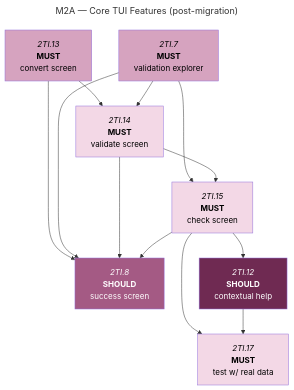
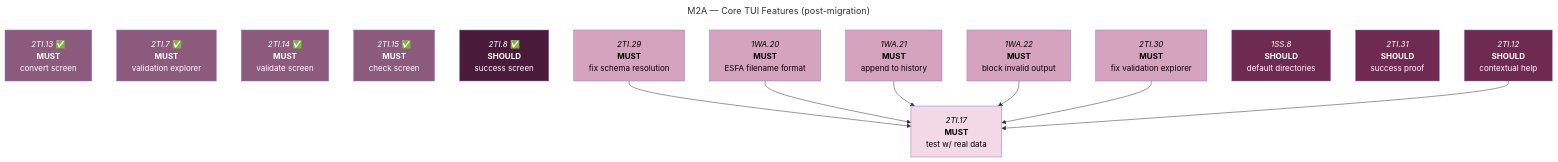
One commit to foundersandcoders/iris changed the second of 5 diagrams in docs/roadmaps/phase-1-mvp-features.md. Above: the diagram before and after it, drawn with Mermaid. The commit also changed other lines of this file, not shown here.

Commit message:
docs: add fixes to roadmap

````diff
--- a/docs/roadmaps/phase-1-mvp-features.md
+++ b/docs/roadmaps/phase-1-mvp-features.md
@@ -148,25 +148,34 @@
 ```mermaid
 ---
 title: M2A — Core TUI Features (post-migration)
 ---
 graph TD
 
-2TI.13["`*2TI.13*<br/>**MUST**<br/>convert screen`"]:::must-open --> 2TI.14 & 2TI.8
-2TI.7["`*2TI.7*<br/>**MUST**<br/>validation explorer`"]:::must-open --> 2TI.14 & 2TI.15 & 2TI.8
+2TI.13["`*2TI.13* ✅<br/>**MUST**<br/>convert screen`"]:::must-done
+2TI.7["`*2TI.7* ✅<br/>**MUST**<br/>validation explorer`"]:::must-done
+2TI.14["`*2TI.14* ✅<br/>**MUST**<br/>validate screen`"]:::must-done
+2TI.15["`*2TI.15* ✅<br/>**MUST**<br/>check screen`"]:::must-done
+2TI.8["`*2TI.8* ✅<br/>**SHOULD**<br/>success screen`"]:::should-done
 
-2TI.14["`*2TI.14*<br/>**MUST**<br/>validate screen`"]:::must-blocked --> 2TI.15 & 2TI.8
-2TI.15["`*2TI.15*<br/>**MUST**<br/>check screen`"]:::must-blocked --> 2TI.12 & 2TI.17 & 2TI.8
+2TI.29["`*2TI.29*<br/>**MUST**<br/>fix schema resolution`"]:::must-open
+1WA.20["`*1WA.20*<br/>**MUST**<br/>ESFA filename format`"]:::must-open
+1WA.21["`*1WA.21*<br/>**MUST**<br/>append to history`"]:::must-open
+1WA.22["`*1WA.22*<br/>**MUST**<br/>block invalid output`"]:::must-open
+2TI.30["`*2TI.30*<br/>**MUST**<br/>fix validation explorer`"]:::must-open
+1SS.8["`*1SS.8*<br/>**SHOULD**<br/>default directories`"]:::should-open
+2TI.31["`*2TI.31*<br/>**SHOULD**<br/>success proof`"]:::should-open
 
+2TI.29 & 1WA.20 & 1WA.21 & 1WA.22 & 2TI.30 --> 2TI.17
 2TI.12["`*2TI.12*<br/>**SHOULD**<br/>contextual help`"]:::should-open --> 2TI.17
+2TI.17["`*2TI.17*<br/>**MUST**<br/>test w/ real data`"]:::must-blocked
 
-2TI.8["`*2TI.8*<br/>**SHOULD**<br/>success screen`"]:::should-blocked
-
-2TI.17["`*2TI.17*<br/>**MUST**<br/>test w/ real data`"]:::must-blocked
+classDef must-done fill:#8B5A7D,color:#fff;
 classDef must-open fill:#D6A3BF,color:#000;
 classDef must-blocked fill:#F3D8E6,color:#000;
+classDef should-done fill:#4A1A3A,color:#fff;
 classDef should-open fill:#6F2A52,color:#fff;
 classDef should-blocked fill:#A45A84,color:#fff;
 classDef could-open fill:#3E7F96,color:#fff;
 classDef could-blocked fill:#5FA3BA,color:#fff;
 classDef mile fill:#E8EFF6,color:#000;
 ```
````
